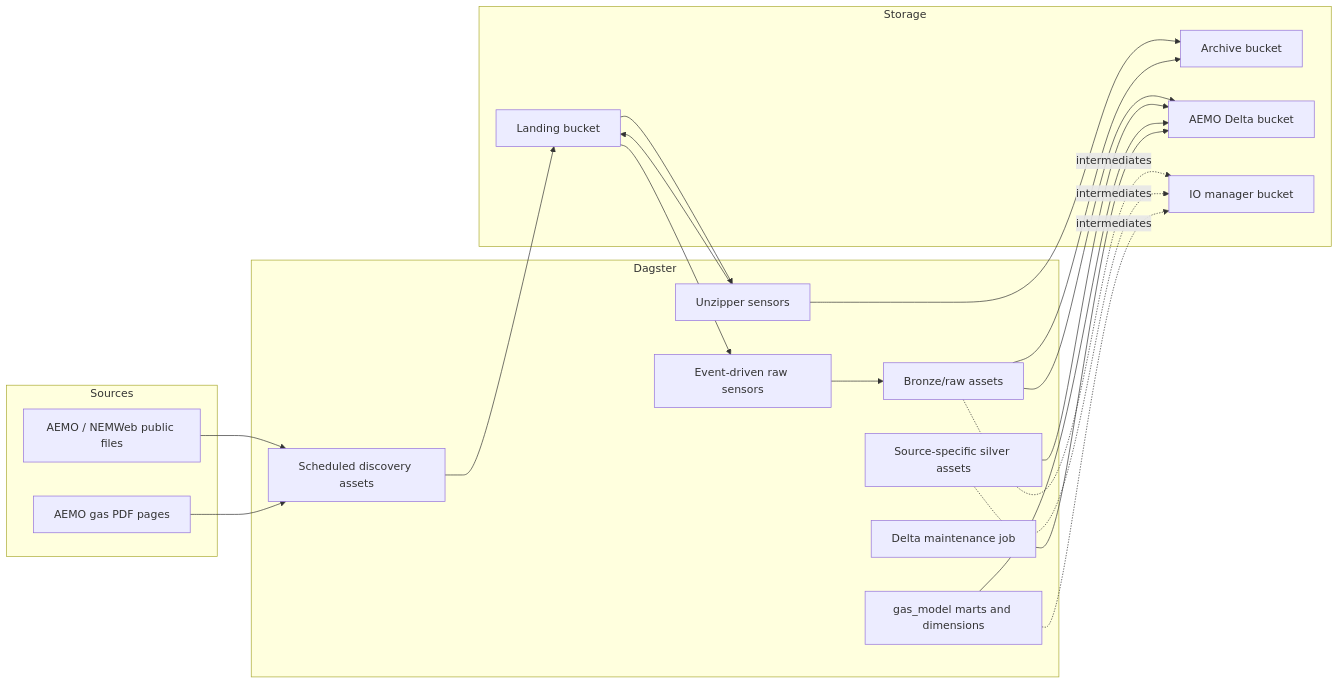
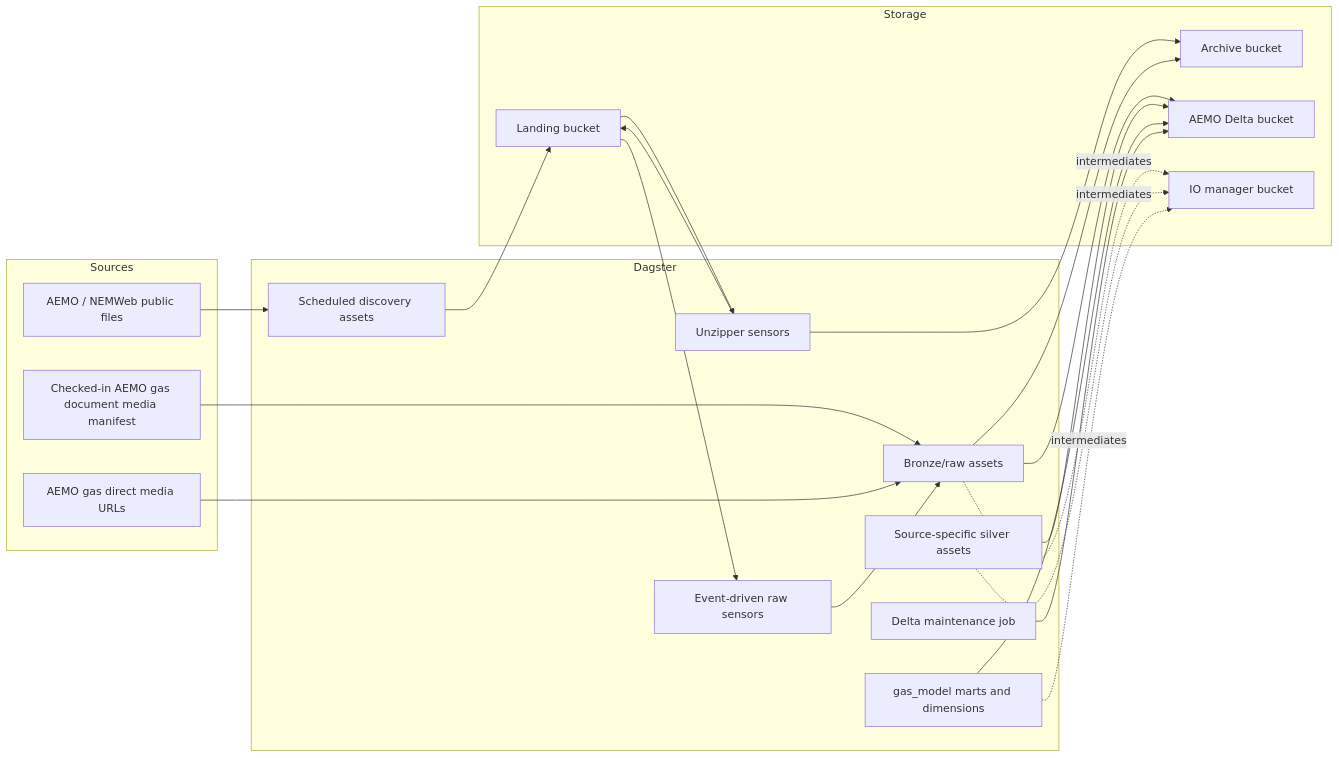
The first of 3 diagrams in backend-services/dagster-user/aemo-etl/README.md (Chr1sC0de/energy-market-delta-lake), drawn with Mermaid before and after one commit. The commit also changed other lines of this file and 15 other files, not shown here.

Commit message:
Implement issue #142: use manifest for AEMO gas documents

````diff
--- a/backend-services/dagster-user/aemo-etl/README.md
+++ b/backend-services/dagster-user/aemo-etl/README.md
@@ -43,41 +43,43 @@
 ```mermaid
 flowchart LR
     subgraph Sources
         NEMWeb["AEMO / NEMWeb public files"]
-        AEMODocs["AEMO gas PDF pages"]
+        AEMODocs["Checked-in AEMO gas document media manifest"]
+        AEMOMedia["AEMO gas direct media URLs"]
     end
 
     subgraph Dagster
         Schedules["Scheduled discovery assets"]
         UnzipSensors["Unzipper sensors"]
         RawSensors["Event-driven raw sensors"]
         RawAssets["Bronze/raw assets"]
         SilverAssets["Source-specific silver assets"]
         GasModel["gas_model marts and dimensions"]
         Maintenance["Delta maintenance job"]
     end
 
     subgraph Storage
         Landing["Landing bucket"]
         Archive["Archive bucket"]
         AEMO["AEMO Delta bucket"]
         IOMgr["IO manager bucket"]
     end
 
     NEMWeb --> Schedules
-    AEMODocs --> Schedules
+    AEMODocs --> RawAssets
+    AEMOMedia --> RawAssets
     Schedules --> Landing
     Landing --> UnzipSensors
     UnzipSensors --> Landing
     UnzipSensors --> Archive
     Landing --> RawSensors
     RawSensors --> RawAssets
     RawAssets --> Archive
     RawAssets --> AEMO
     SilverAssets --> AEMO
     GasModel --> AEMO
     Maintenance --> AEMO
     RawAssets -. intermediates .-> IOMgr
     SilverAssets -. intermediates .-> IOMgr
     GasModel -. intermediates .-> IOMgr
 ```
````
